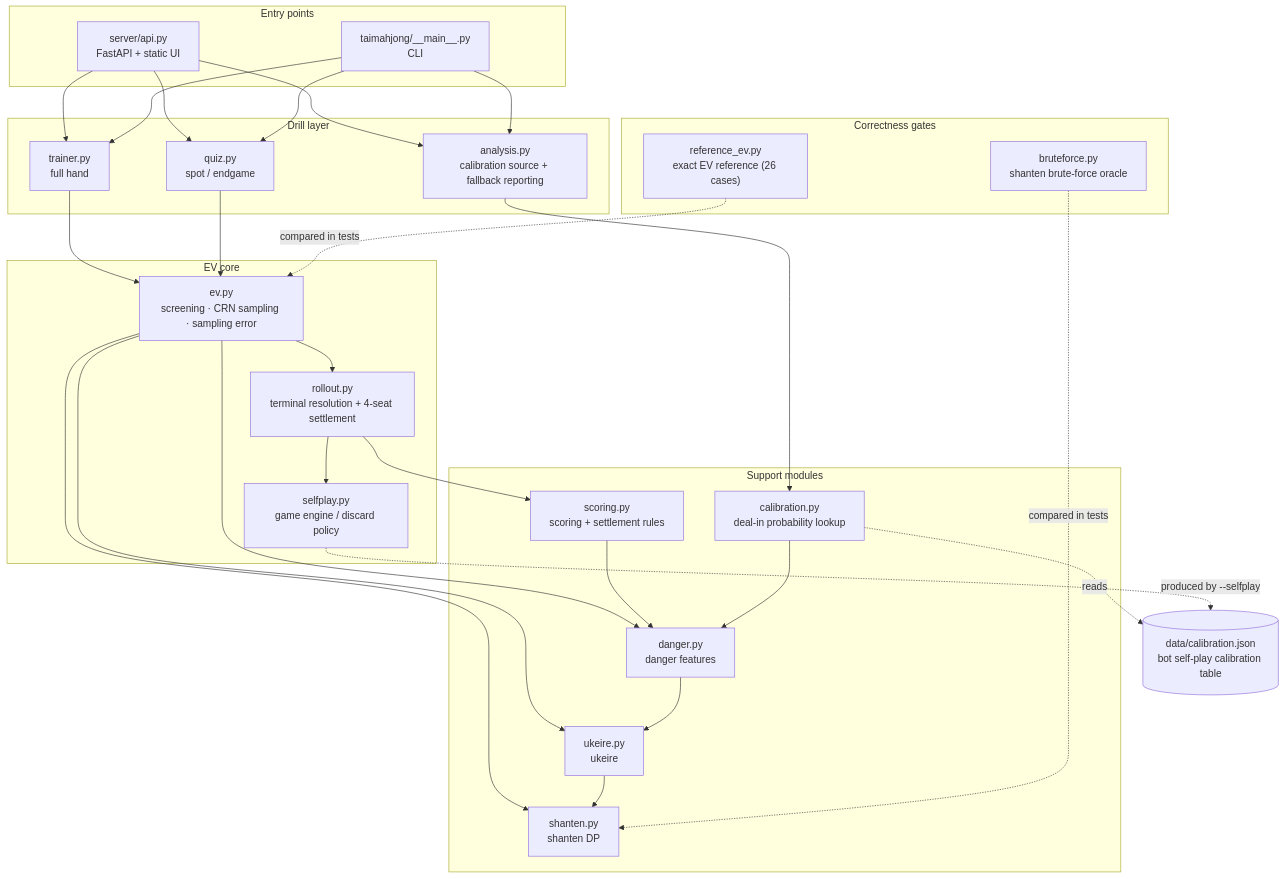
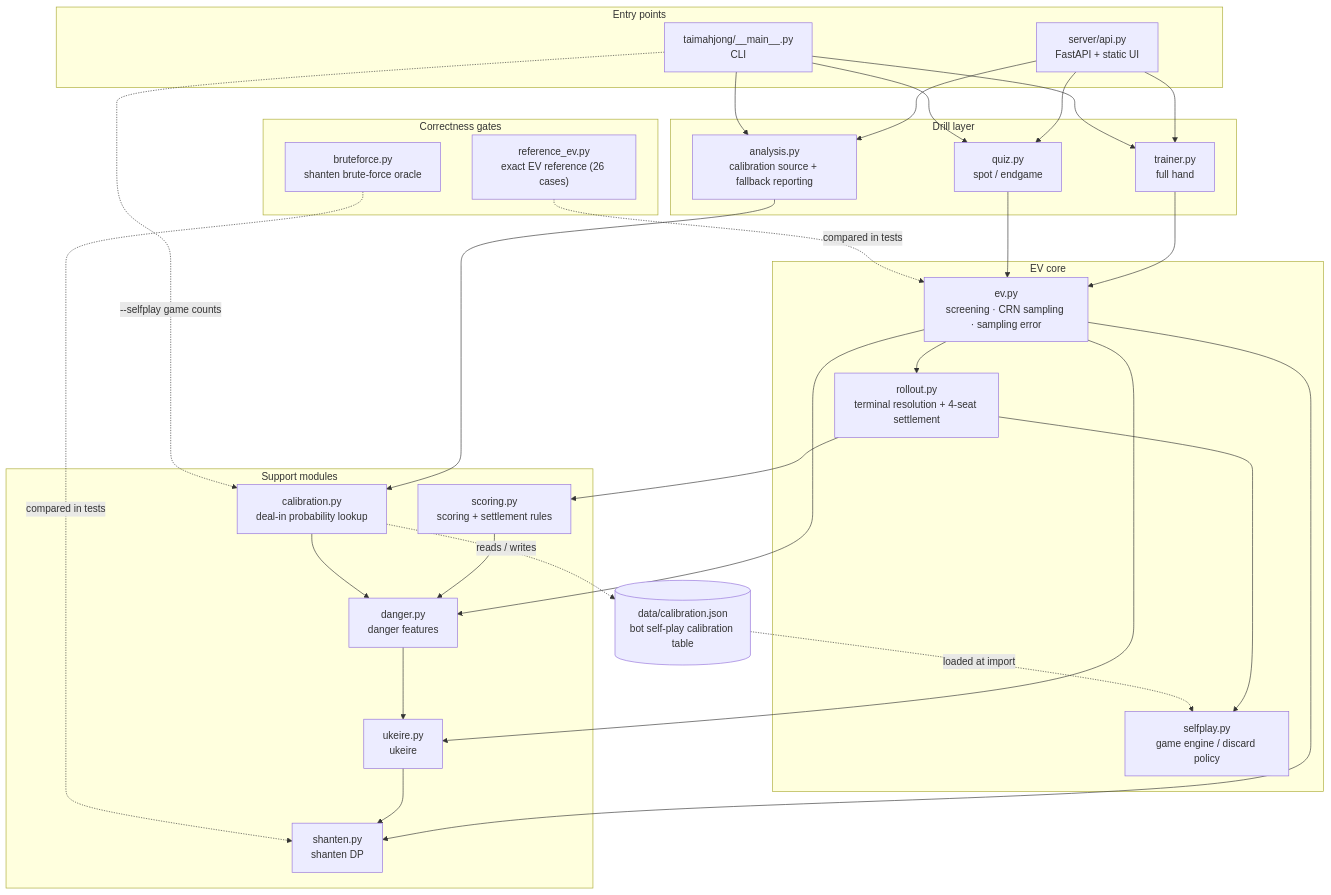
One commit to YuHsunWang/gto_mahjong changed the diagram in README.en.md. Above: the diagram before and after it, drawn with Mermaid. The commit also changed other lines of this file and 3 other files, not shown here.

````diff
--- a/README.en.md
+++ b/README.en.md
@@ -86,48 +92,49 @@
 ```mermaid
 flowchart TB
     subgraph entry["Entry points"]
         WEB["server/api.py<br/>FastAPI + static UI"]
         CLI["taimahjong/__main__.py<br/>CLI"]
     end
 
     subgraph product["Drill layer"]
         TRAINER["trainer.py<br/>full hand"]
         QUIZ["quiz.py<br/>spot / endgame"]
         ANALYSIS["analysis.py<br/>calibration source + fallback reporting"]
     end
 
     subgraph core["EV core"]
         EV["ev.py<br/>screening · CRN sampling · sampling error"]
         ROLLOUT["rollout.py<br/>terminal resolution + 4-seat settlement"]
         SELFPLAY["selfplay.py<br/>game engine / discard policy"]
     end
 
     subgraph support["Support modules"]
         SHANTEN["shanten.py<br/>shanten DP"]
         UKEIRE["ukeire.py<br/>ukeire"]
         DANGER["danger.py<br/>danger features"]
         SCORING["scoring.py<br/>scoring + settlement rules"]
         CALIB["calibration.py<br/>deal-in probability lookup"]
     end
 
     subgraph validate["Correctness gates"]
         BRUTE["bruteforce.py<br/>shanten brute-force oracle"]
         REF["reference_ev.py<br/>exact EV reference (26 cases)"]
     end
 
     DATA[("data/calibration.json<br/>bot self-play calibration table")]
 
     WEB --> TRAINER & QUIZ & ANALYSIS
     CLI --> TRAINER & QUIZ & ANALYSIS
     TRAINER & QUIZ --> EV
     ANALYSIS --> CALIB
     EV --> ROLLOUT --> SELFPLAY
     EV --> SHANTEN & UKEIRE & DANGER
     DANGER --> UKEIRE --> SHANTEN
     ROLLOUT --> SCORING --> DANGER
     CALIB --> DANGER
-    CALIB -.reads.-> DATA
-    SELFPLAY -."produced by --selfplay".-> DATA
+    CALIB -."reads / writes".-> DATA
+    CLI -."--selfplay game counts".-> CALIB
+    DATA -."loaded at import".-> SELFPLAY
     BRUTE -.compared in tests.-> SHANTEN
     REF -.compared in tests.-> EV
 ```
````
